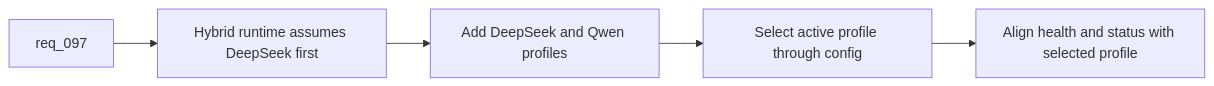
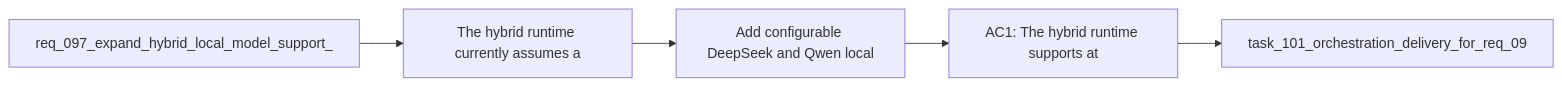
The diagram in logics/backlog/item_162_add_configurable_deepseek_and_qwen_local_model_profiles_to_the_hybrid_runtime.md (AlexAgo83/logics-manager), drawn with Mermaid before and after one commit. The commit also changed 481 other files, not shown here.

````diff
--- a/logics/backlog/item_162_add_configurable_deepseek_and_qwen_local_model_profiles_to_the_hybrid_runtime.md
+++ b/logics/backlog/item_162_add_configurable_deepseek_and_qwen_local_model_profiles_to_the_hybrid_runtime.md
@@ -28,9 +28,9 @@
 ```mermaid
 %% logics-kind: backlog
 %% logics-signature: backlog|add-configurable-deepseek-and-qwen-local|req-097-expand-hybrid-local-model-suppor|the-hybrid-runtime-currently-assumes-a|ac1-the-hybrid-runtime-supports-at
 flowchart LR
-    Request[req_097] --> Problem[Hybrid runtime assumes DeepSeek first]
-    Problem --> Profiles[Add DeepSeek and Qwen profiles]
-    Profiles --> Config[Select active profile through config]
-    Config --> Status[Align health and status with selected profile]
+    Request[req_097_expand_hybrid_local_model_support_] --> Problem[The hybrid runtime currently assumes a]
+    Problem --> Scope[Add configurable DeepSeek and Qwen local]
+    Scope --> Acceptance[AC1: The hybrid runtime supports at]
+    Acceptance --> Tasks[task_101_orchestration_delivery_for_req_09]
 ```
````
